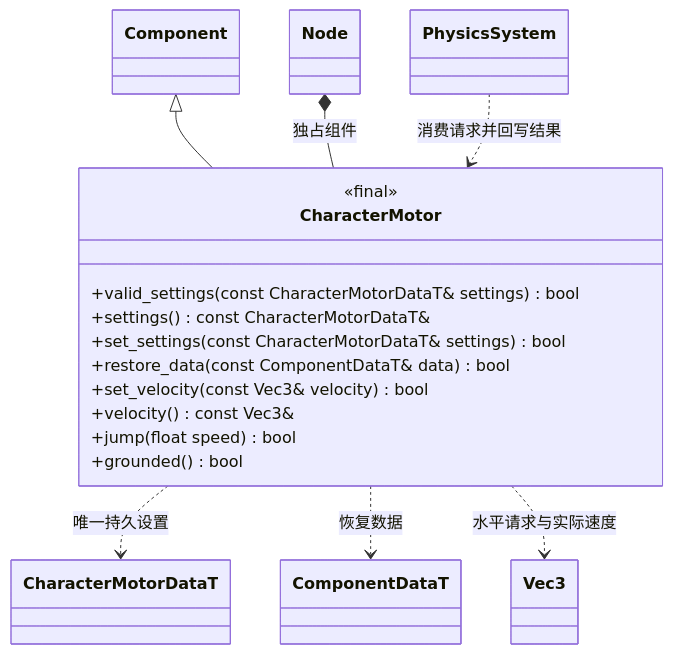
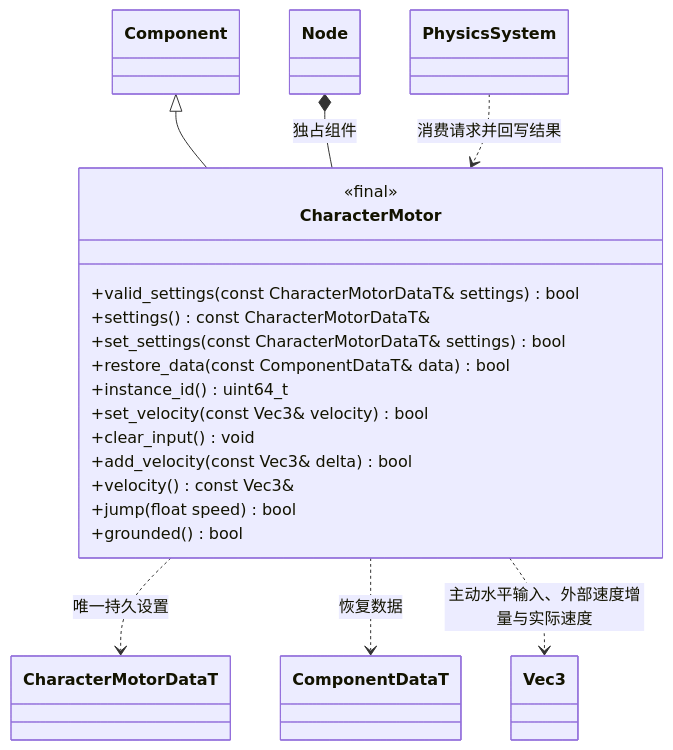
The diagram in docs/runtime/class-diagrams/character-motor.md (lcals/Engine), drawn with Mermaid before and after one commit. The commit also changed other lines of this file and 65 other files, not shown here.

First line of the commit message:
feat(character): separate player input, motion and follow cameras

````diff
--- a/docs/runtime/class-diagrams/character-motor.md
+++ b/docs/runtime/class-diagrams/character-motor.md
@@ -5,26 +5,29 @@
 ```mermaid
 classDiagram
     class CharacterMotor {
         <<final>>
         +valid_settings(const CharacterMotorDataT& settings) bool
         +settings() const CharacterMotorDataT&
         +set_settings(const CharacterMotorDataT& settings) bool
         +restore_data(const ComponentDataT& data) bool
+        +instance_id() uint64_t
         +set_velocity(const Vec3& velocity) bool
+        +clear_input() void
+        +add_velocity(const Vec3& delta) bool
         +velocity() const Vec3&
         +jump(float speed) bool
         +grounded() bool
     }
     class Component
     class Node
     class CharacterMotorDataT
     class ComponentDataT
     class Vec3
     class PhysicsSystem
     Component <|-- CharacterMotor
     Node *-- CharacterMotor : 独占组件
     CharacterMotor ..> CharacterMotorDataT : 唯一持久设置
     CharacterMotor ..> ComponentDataT : 恢复数据
-    CharacterMotor ..> Vec3 : 水平请求与实际速度
+    CharacterMotor ..> Vec3 : 主动水平输入、外部速度增量与实际速度
     PhysicsSystem ..> CharacterMotor : 消费请求并回写结果
 ```
````
